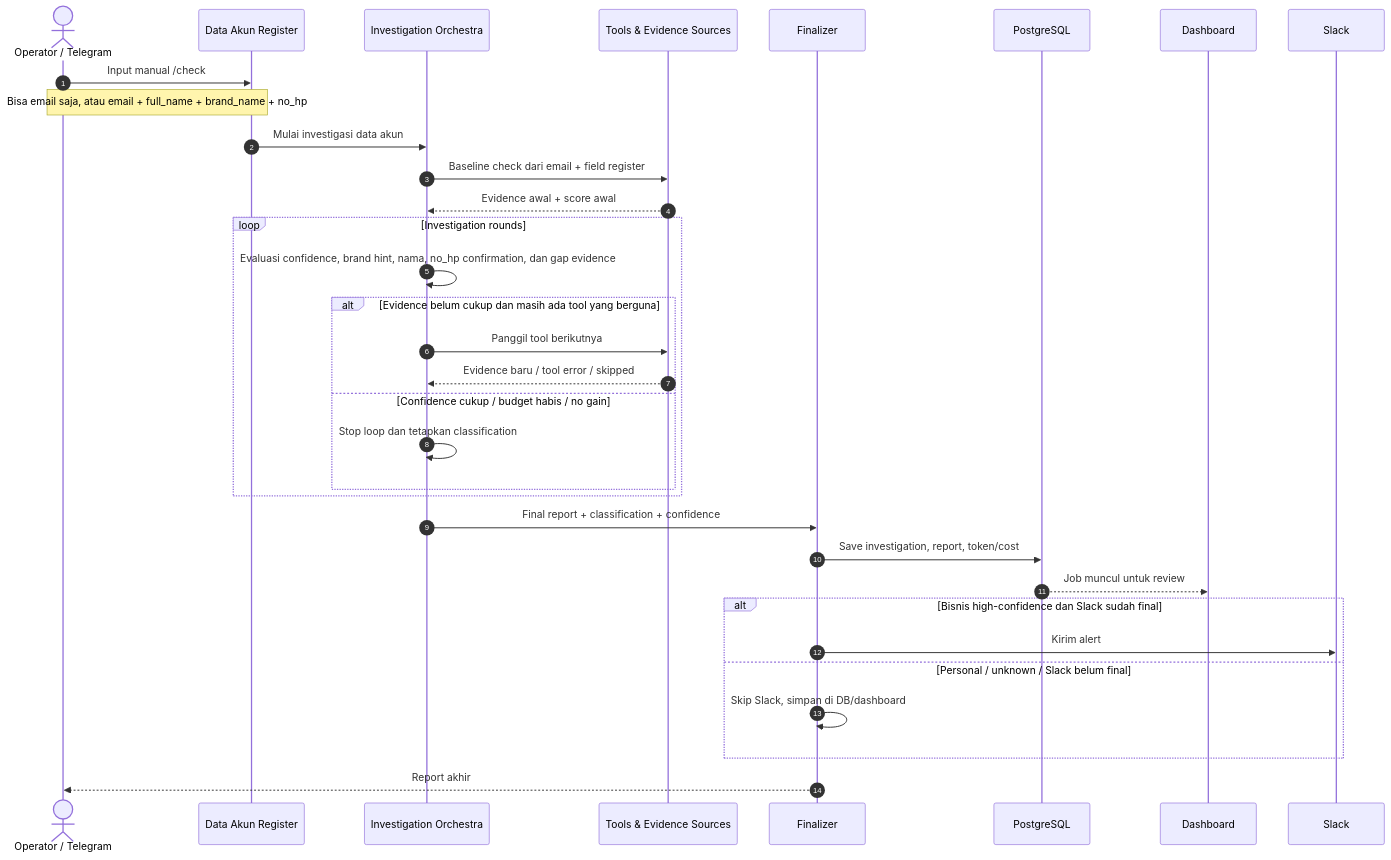
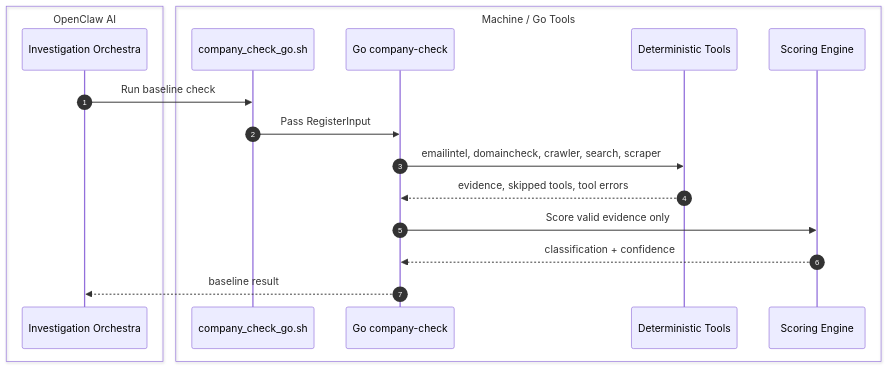
The third of 6 diagrams in docs/technical/FLOW_MAP.md (nunutech40/company-detector-bot), drawn with Mermaid before and after one commit. The commit also changed other lines of this file, not shown here.

Commit message:
clarify flow actor boundaries

````diff
--- a/docs/technical/FLOW_MAP.md
+++ b/docs/technical/FLOW_MAP.md
@@ -33,41 +170,22 @@
 ```mermaid
 sequenceDiagram
   autonumber
-  actor Operator as Operator / Telegram
-  participant Account as Data Akun Register
-  participant Orchestra as Investigation Orchestra
-  participant Tools as Tools & Evidence Sources
-  participant Finalizer as Finalizer
-  participant DB as PostgreSQL
-  participant Dashboard as Dashboard
-  participant Slack as Slack
-
-  Operator->>Account: Input manual /check
-  Note over Operator,Account: Bisa email saja, atau email + full_name + brand_name + no_hp
-  Account->>Orchestra: Mulai investigasi data akun
-
-  Orchestra->>Tools: Baseline check dari email + field register
-  Tools-->>Orchestra: Evidence awal + score awal
-
-  loop Investigation rounds
-    Orchestra->>Orchestra: Evaluasi confidence, brand hint, nama, no_hp confirmation, dan gap evidence
-    alt Evidence belum cukup dan masih ada tool yang berguna
-      Orchestra->>Tools: Panggil tool berikutnya
-      Tools-->>Orchestra: Evidence baru / tool error / skipped
-    else Confidence cukup / budget habis / no gain
-      Orchestra->>Orchestra: Stop loop dan tetapkan classification
-    end
+  box OpenClaw AI
+    participant Orchestra as Investigation Orchestra
   end
 
-  Orchestra->>Finalizer: Final report + classification + confidence
-  Finalizer->>DB: Save investigation, report, token/cost
-  DB-->>Dashboard: Job muncul untuk review
-
-  alt Bisnis high-confidence dan Slack sudah final
-    Finalizer->>Slack: Kirim alert
-  else Personal / unknown / Slack belum final
-    Finalizer->>Finalizer: Skip Slack, simpan di DB/dashboard
+  box Machine / Go Tools
+    participant Wrapper as company_check_go.sh
+    participant Go as Go company-check
+    participant Tools as Deterministic Tools
+    participant Scoring as Scoring Engine
   end
 
-  Finalizer-->>Operator: Report akhir
+  Orchestra->>Wrapper: Run baseline check
+  Wrapper->>Go: Pass RegisterInput
+  Go->>Tools: emailintel, domaincheck, crawler, search, scraper
+  Tools-->>Go: evidence, skipped tools, tool errors
+  Go->>Scoring: Score valid evidence only
+  Scoring-->>Go: classification + confidence
+  Go-->>Orchestra: baseline result
 ```
````
